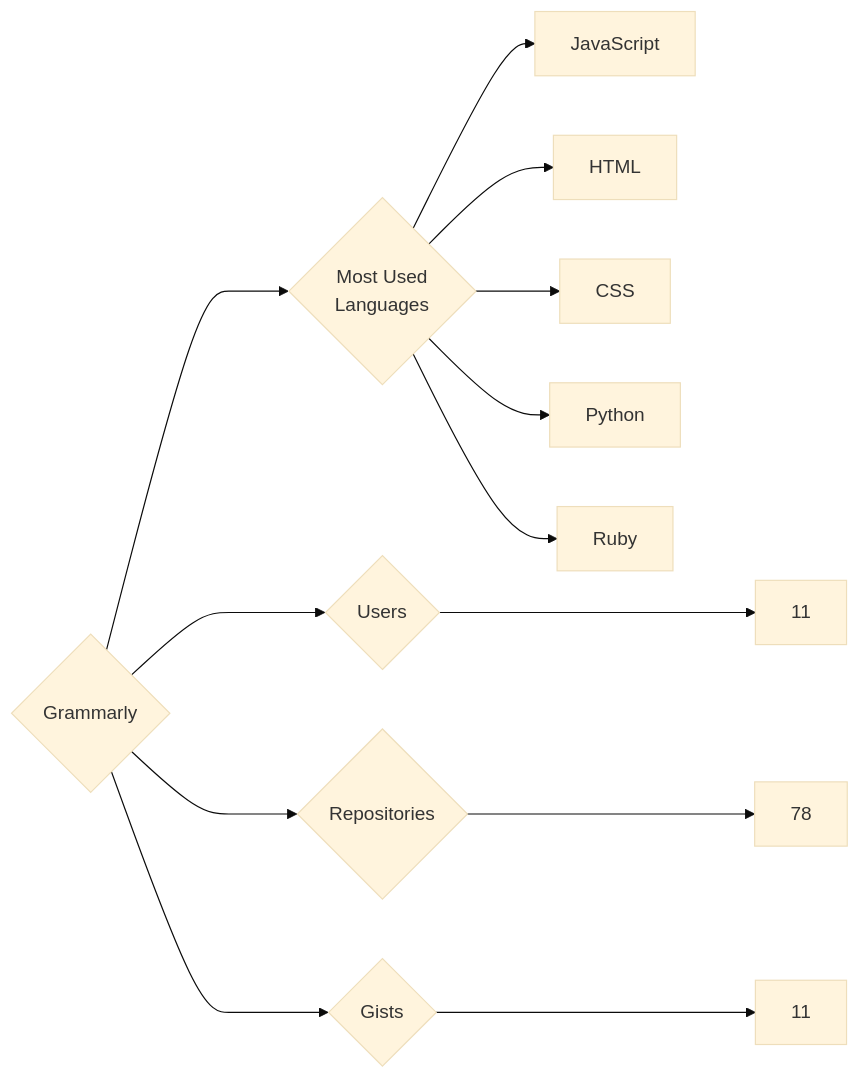
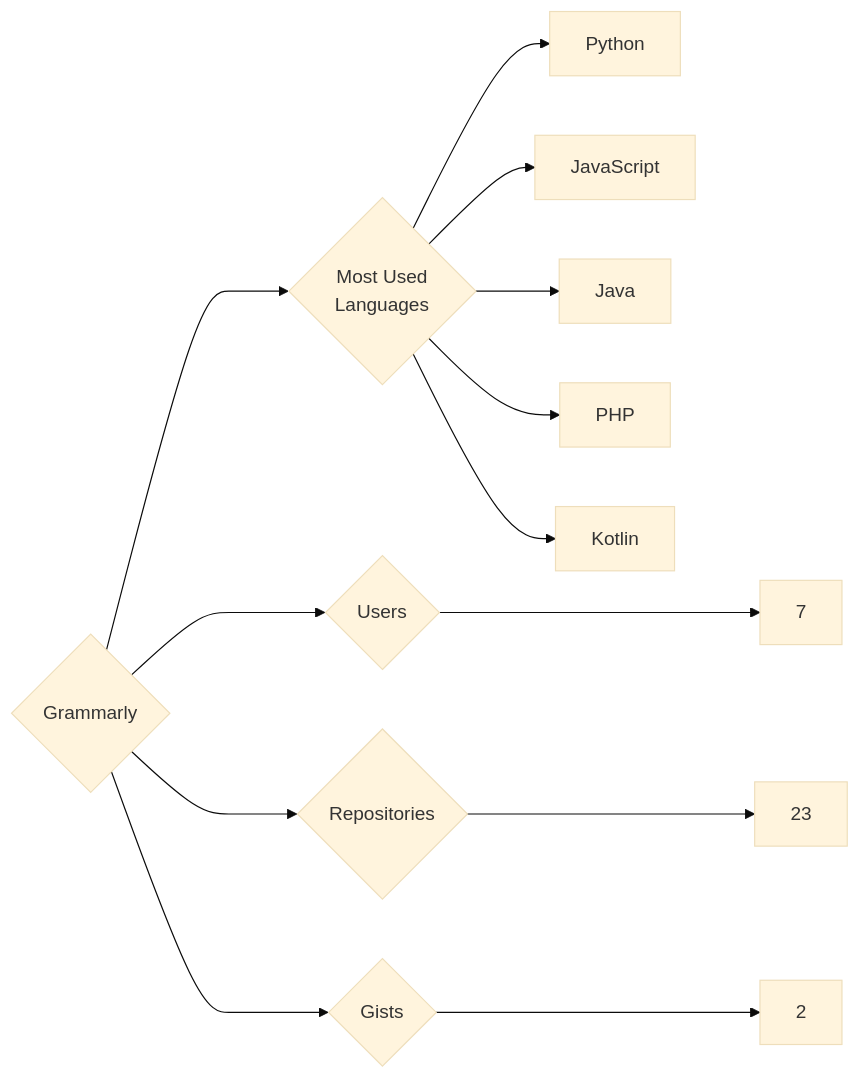
The diagram in targets/Grammarly/README.md (trickest/insiders), drawn with Mermaid (base theme) before and after one commit. The commit also changed 1175 other files, not shown here.

````diff
--- a/targets/Grammarly/README.md
+++ b/targets/Grammarly/README.md
@@ -3,13 +3,13 @@
 ```mermaid
 graph LR
 COMPANY_NAME{Grammarly}
-COMPANY_NAME ---> U{Users} ---> UN[11]
-COMPANY_NAME ---> R{Repositories} ---> RN[78]
-COMPANY_NAME ---> G{Gists} ---> GN[11]
+COMPANY_NAME ---> U{Users} ---> UN[7]
+COMPANY_NAME ---> R{Repositories} ---> RN[23]
+COMPANY_NAME ---> G{Gists} ---> GN[2]
 COMPANY_NAME ---> ML{Most Used<br>Languages}
+ML --> Python[Python]
 ML --> JavaScript[JavaScript]
-ML --> HTML[HTML]
-ML --> CSS[CSS]
-ML --> Python[Python]
-ML --> Ruby[Ruby]
+ML --> Java[Java]
+ML --> PHP[PHP]
+ML --> Kotlin[Kotlin]
 ```
````
